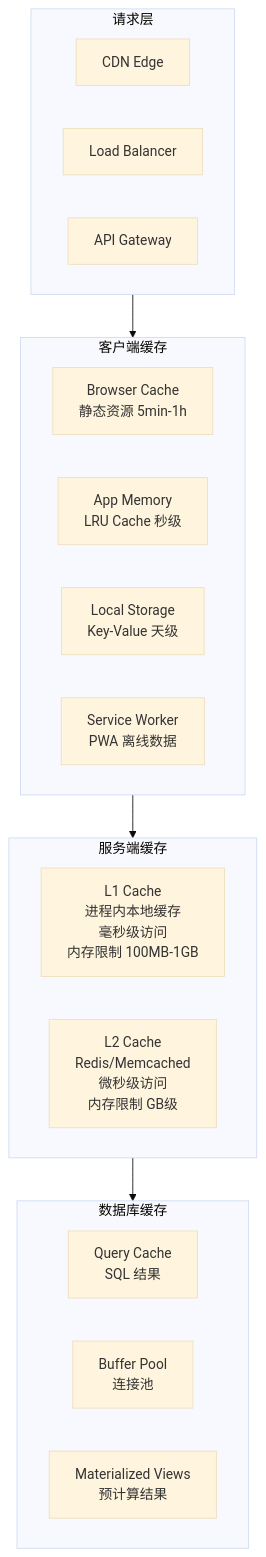
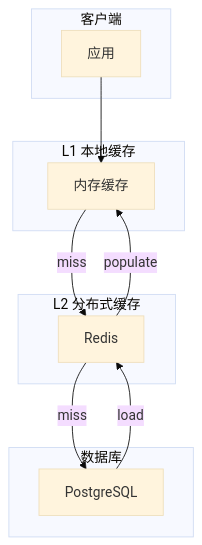
The diagram in skills/caching-patterns/SKILL.md (Tooooommy/Trae-Workflow), drawn with Mermaid (base theme) before and after one commit. The commit also changed other lines of this file and 3 other files, not shown here.

````diff
--- a/skills/caching-patterns/SKILL.md
+++ b/skills/caching-patterns/SKILL.md
@@ -36,30 +39,24 @@
 ```mermaid
 flowchart TB
-    subgraph Request["请求层"]
-        CDN["CDN Edge"]
-        LB["Load Balancer"]
-        GW["API Gateway"]
+    subgraph Client["客户端"]
+        App["应用"]
     end
 
-    subgraph Client["客户端缓存"]
-        BC["Browser Cache<br/>静态资源 5min-1h"]
-        AM["App Memory<br/>LRU Cache 秒级"]
-        LS["Local Storage<br/>Key-Value 天级"]
-        SW["Service Worker<br/>PWA 离线数据"]
+    subgraph L1["L1 本地缓存"]
+        Memory["内存缓存"]
     end
 
-    subgraph Server["服务端缓存"]
-        L1["L1 Cache<br/>进程内本地缓存<br/>毫秒级访问<br/>内存限制 100MB-1GB"]
-        L2["L2 Cache<br/>Redis/Memcached<br/>微秒级访问<br/>内存限制 GB级"]
+    subgraph L2["L2 分布式缓存"]
+        Redis["Redis"]
     end
 
-    subgraph Database["数据库缓存"]
-        QC["Query Cache<br/>SQL 结果"]
-        BP["Buffer Pool<br/>连接池"]
-        MV["Materialized Views<br/>预计算结果"]
+    subgraph DB["数据库"]
+        PG["PostgreSQL"]
     end
 
-    Request --> Client
-    Client --> Server
-    Server --> Database
+    App --> Memory
+    Memory --> |"miss"| Redis
+    Redis --> |"miss"| PG
+    PG --> |"load"| Redis
+    Redis --> |"populate"| Memory
 ```
````
